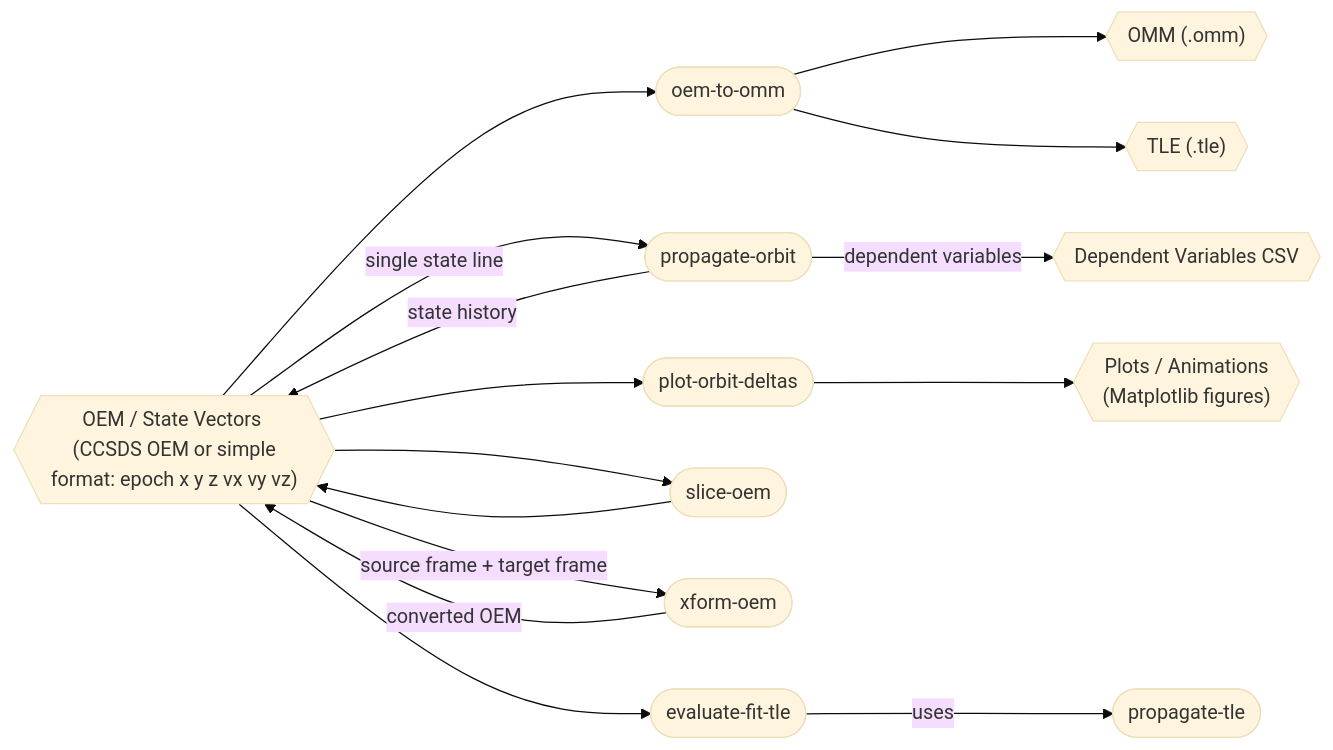
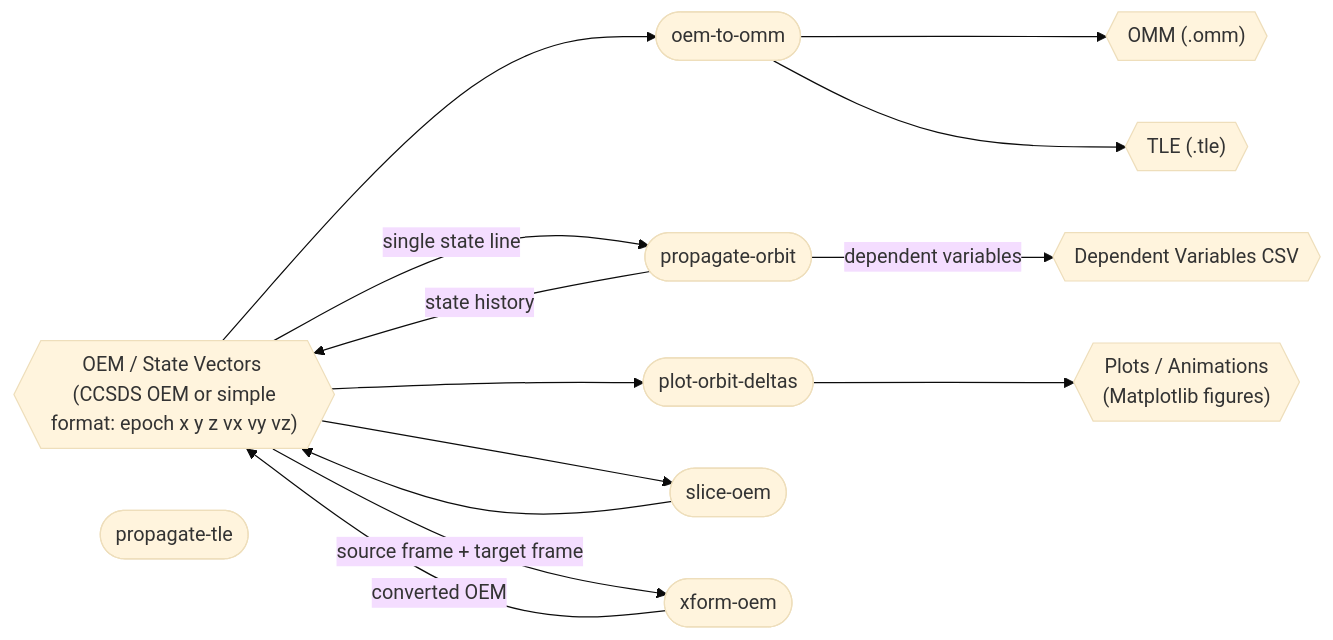
The first of 2 diagrams in README.md (jeongyunl/ephem-toolkit), drawn with Mermaid (base theme) before and after one commit. The commit also changed 6 other files, not shown here.

Commit message:
Remove evaluate_fit_tle module and related tests from the project

````diff
--- a/README.md
+++ b/README.md
@@ -13,36 +13,32 @@
 ```mermaid
 flowchart LR
     fmt_oem{{"OEM / State Vectors <br/> (CCSDS OEM or simple format: epoch x y z vx vy vz)"}}
     fmt_omm{{"OMM (.omm)"}}
     fmt_tle{{"TLE (.tle)"}}
     fmt_dep_vars_csv{{"Dependent Variables CSV"}}
     fmt_plots{{"Plots / Animations <br/> (Matplotlib figures)"}}
 
     oem_to_omm(["oem-to-omm"])
     propagate_sat(["propagate-orbit"])
     plot_orbit_deltas(["plot-orbit-deltas"])
     slice_oem(["slice-oem"])
     xform_oem(["xform-oem"])
     propagate_tle(["propagate-tle"])
-    evaluate_fit_tle(["evaluate-fit-tle"])
 
     fmt_oem --> oem_to_omm
     oem_to_omm --> fmt_omm
     oem_to_omm --> fmt_tle
 
     fmt_oem -->|"single state line"| propagate_sat
     propagate_sat -->|"state history"| fmt_oem
     propagate_sat -->|"dependent variables"| fmt_dep_vars_csv
 
     fmt_oem --> plot_orbit_deltas
     plot_orbit_deltas --> fmt_plots
 
     fmt_oem --> slice_oem
     slice_oem --> fmt_oem
 
     fmt_oem -->|"source frame + target frame"| xform_oem
     xform_oem -->|"converted OEM"| fmt_oem
-
-    fmt_oem --> evaluate_fit_tle
-    evaluate_fit_tle -->|"uses"| propagate_tle
 ```
````
